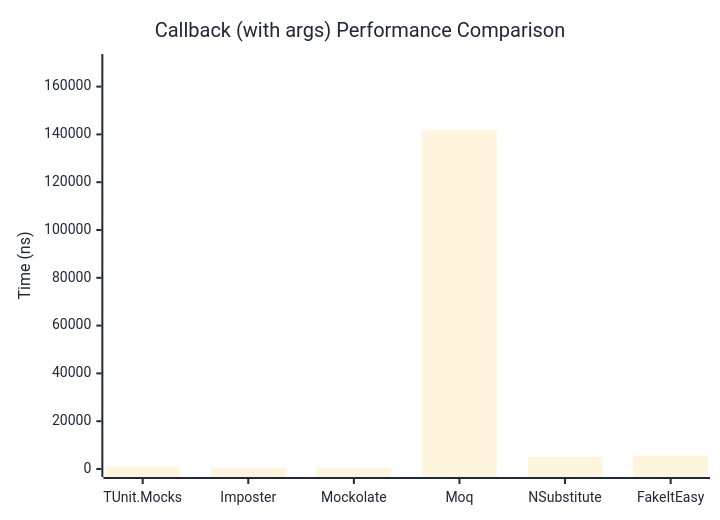
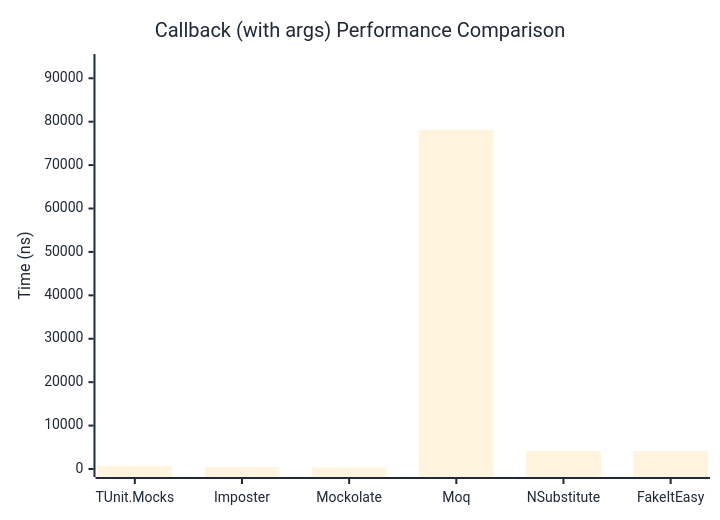
One commit to thomhurst/TUnit changed the second of 2 diagrams in docs/docs/benchmarks/mocks/Callback.md. Above: the diagram before and after it, drawn with Mermaid. The commit also changed other lines of this file and 14 other files, not shown here.

````diff
--- a/docs/docs/benchmarks/mocks/Callback.md
+++ b/docs/docs/benchmarks/mocks/Callback.md
@@ -71,27 +71,27 @@
 ```mermaid
 %%{init: {
   'theme':'base',
   'themeVariables': {
     'primaryColor': '#2563eb',
     'primaryTextColor': '#1f2937',
     'primaryBorderColor': '#1e40af',
     'lineColor': '#6b7280',
     'secondaryColor': '#7c3aed',
     'tertiaryColor': '#dc2626',
     'background': '#ffffff',
     'pie1': '#2563eb',
     'pie2': '#7c3aed',
     'pie3': '#dc2626',
     'pie4': '#f59e0b',
     'pie5': '#10b981',
     'pie6': '#06b6d4',
     'pie7': '#ec4899',
     'pie8': '#6366f1'
   }
 }}%%
 xychart-beta
   title "Callback (with args) Performance Comparison"
   x-axis ["TUnit.Mocks", "Imposter", "Mockolate", "Moq", "NSubstitute", "FakeItEasy"]
-  y-axis "Time (ns)" 0 --> 170294
-  bar [819.8, 544.7, 380.5, 141911.6, 5017.9, 5614.5]
+  y-axis "Time (ns)" 0 --> 93749
+  bar [711.7, 442.6, 364.2, 78123.7, 4192, 4148.2]
 ```
````
